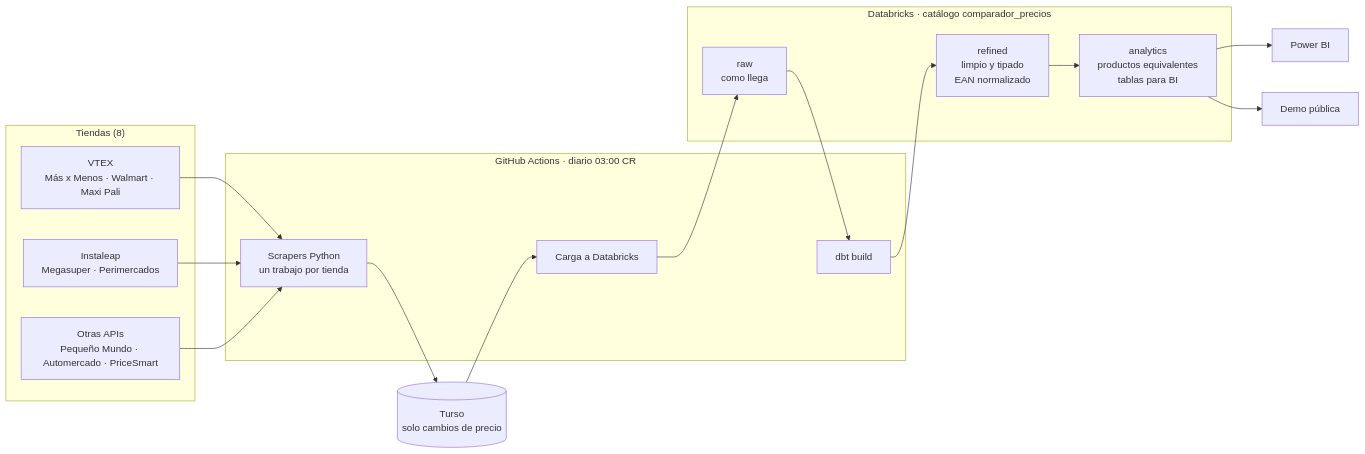
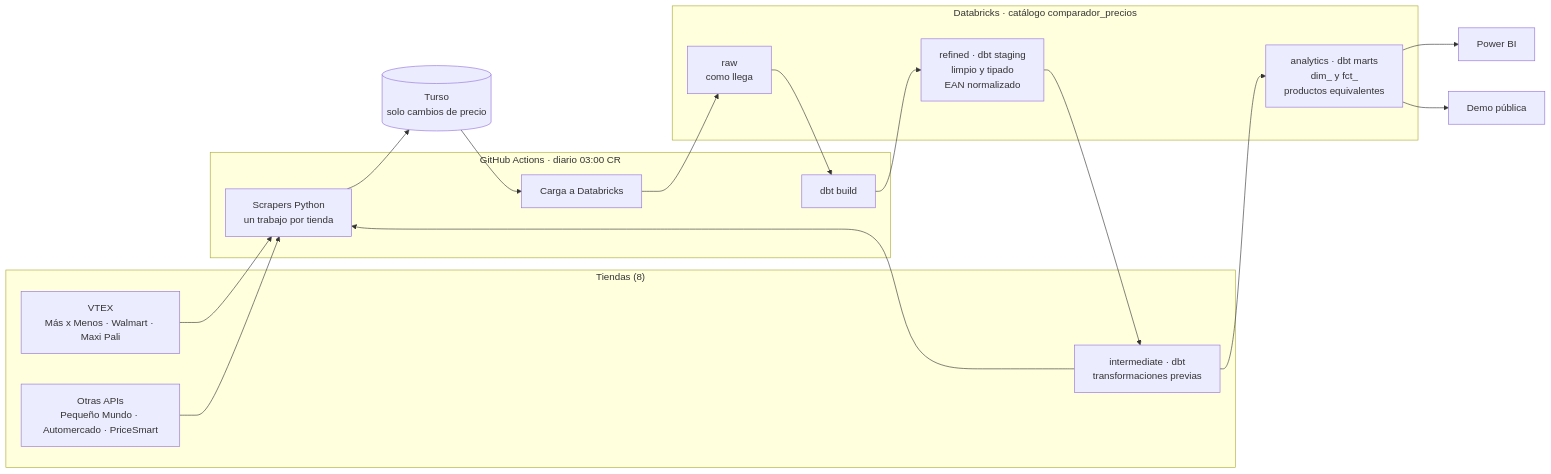
The diagram in docs/arquitectura.md (DannyV1992/price_comparator), drawn with Mermaid before and after one commit. The commit also changed other lines of this file and 22 other files, not shown here.

Commit message:
dbt: estructura staging/intermediate/marts (refined, intermediate y analytics)

````diff
--- a/docs/arquitectura.md
+++ b/docs/arquitectura.md
@@ -6,34 +6,35 @@
 ```mermaid
 flowchart LR
     subgraph Fuentes["Tiendas (8)"]
         V[VTEX<br/>Más x Menos · Walmart · Maxi Pali]
         I[Instaleap<br/>Megasuper · Perimercados]
         O[Otras APIs<br/>Pequeño Mundo · Automercado · PriceSmart]
     end
 
     subgraph GHA["GitHub Actions · diario 03:00 CR"]
         S[Scrapers Python<br/>un trabajo por tienda]
         L[Carga a Databricks]
         D[dbt build]
     end
 
     T[(Turso<br/>solo cambios de precio)]
 
     subgraph DBX["Databricks · catálogo comparador_precios"]
         R[raw<br/>como llega]
-        F[refined<br/>limpio y tipado<br/>EAN normalizado]
-        A[analytics<br/>productos equivalentes<br/>tablas para BI]
+        F[refined · dbt staging<br/>limpio y tipado<br/>EAN normalizado]
+        I[intermediate · dbt<br/>transformaciones previas]
+        A[analytics · dbt marts<br/>dim_ y fct_<br/>productos equivalentes]
     end
 
     BI[Power BI]
     APP[Demo pública]
 
     V --> S
     I --> S
     O --> S
     S --> T
     T --> L --> R
-    R --> D --> F --> A
+    R --> D --> F --> I --> A
     A --> BI
     A --> APP
 ```
````
